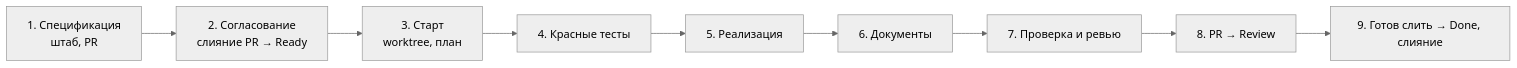
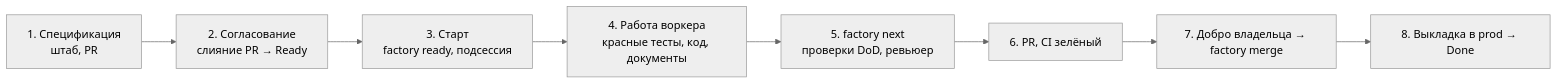
One commit to Nekomant/Studhub changed the diagram in docs/process.md. Above: the diagram before and after it, drawn with Mermaid (neutral theme). The commit also changed other lines of this file and 63 other files, not shown here.

````diff
--- a/docs/process.md
+++ b/docs/process.md
@@ -152,11 +162,10 @@
 ```mermaid
 flowchart LR
   spec["1. Спецификация<br/>штаб, PR"] --> ready["2. Согласование<br/>слияние PR → Ready"]
-  ready --> start["3. Старт<br/>worktree, план"]
-  start --> red["4. Красные тесты"]
-  red --> green["5. Реализация"]
-  green --> docs["6. Документы"]
-  docs --> check["7. Проверка и ревью"]
-  check --> pr["8. PR → Review"]
-  pr --> merge["9. Готов слить → Done, слияние"]
+  ready --> start["3. Старт<br/>factory ready, подсессия"]
+  start --> work["4. Работа воркера<br/>красные тесты, код, документы"]
+  work --> next["5. factory next<br/>проверки DoD, ревьюер"]
+  next --> pr["6. PR, CI зелёный"]
+  pr --> merge["7. Добро владельца → factory merge"]
+  merge --> deploy["8. Выкладка в prod → Done"]
 ```
````
